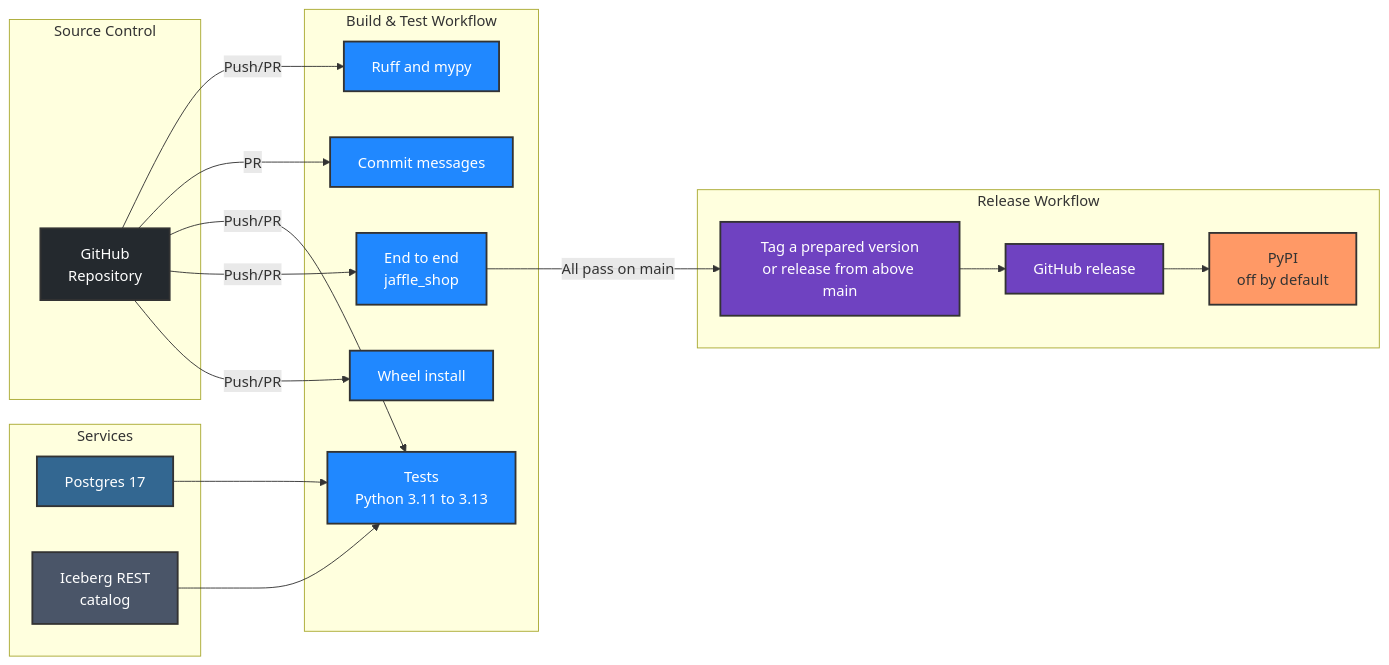
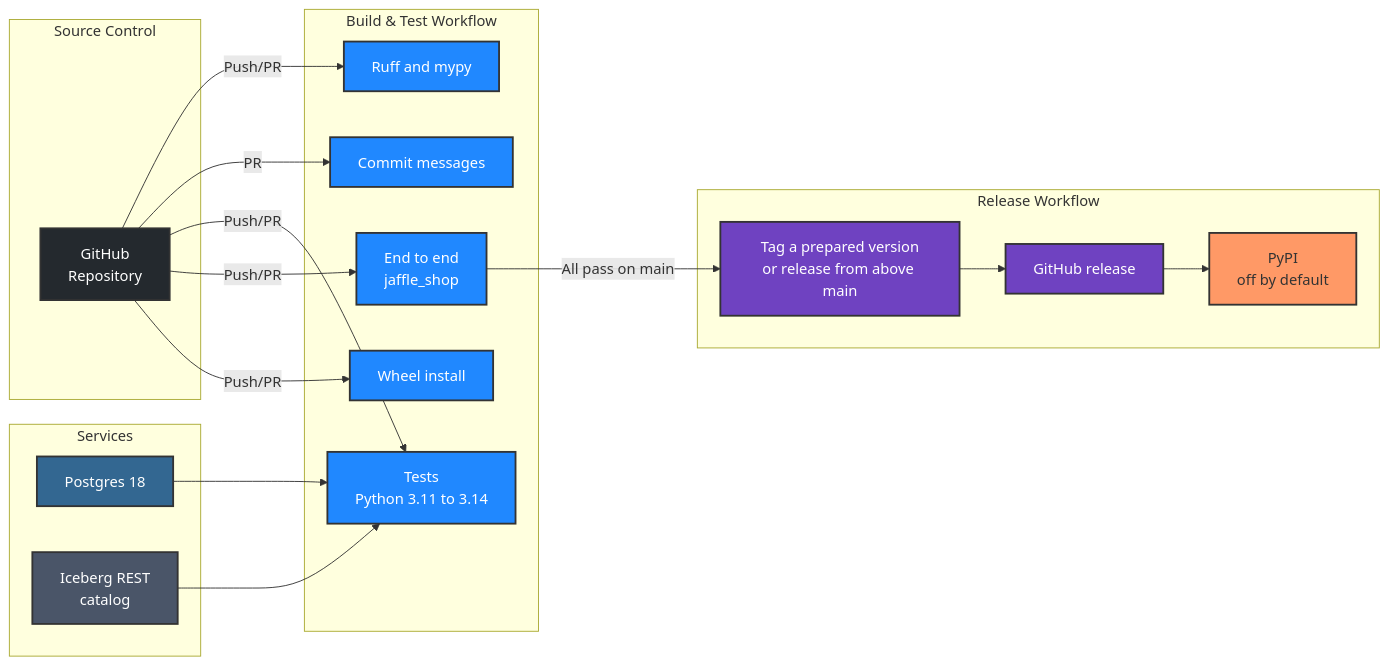
One commit to actions-marketplace-validations/kodexlabsio_konstruct changed the diagram in docs/development.md. Above: the diagram before and after it, drawn with Mermaid. The commit also changed other lines of this file and 13 other files, not shown here.

````diff
--- a/docs/development.md
+++ b/docs/development.md
@@ -108,48 +110,48 @@
 ```mermaid
 graph LR
     subgraph "Source Control"
         GitHub[GitHub<br/>Repository]
     end
 
     subgraph "Build & Test Workflow"
         Lint[Ruff and mypy]
         Commits[Commit messages]
-        Tests[Tests<br/>Python 3.11 to 3.13]
+        Tests[Tests<br/>Python 3.11 to 3.14]
         E2E[End to end<br/>jaffle_shop]
         Package[Wheel install]
     end
 
     subgraph "Services"
-        Postgres[Postgres 17]
+        Postgres[Postgres 18]
         Iceberg[Iceberg REST<br/>catalog]
     end
 
     subgraph "Release Workflow"
         Bump[Tag a prepared version<br/>or release from above main]
         Release[GitHub release]
         PyPI[PyPI<br/>off by default]
     end
 
     GitHub -->|Push/PR| Lint
     GitHub -->|PR| Commits
     GitHub -->|Push/PR| Tests
     GitHub -->|Push/PR| E2E
     GitHub -->|Push/PR| Package
     Postgres --> Tests
     Iceberg --> Tests
     E2E -->|All pass on main| Bump
     Bump --> Release
     Release --> PyPI
 
     style GitHub fill:#24292e,stroke:#333,stroke-width:2px,color:#fff
     style Lint fill:#2088ff,stroke:#333,stroke-width:2px,color:#fff
     style Commits fill:#2088ff,stroke:#333,stroke-width:2px,color:#fff
     style Tests fill:#2088ff,stroke:#333,stroke-width:2px,color:#fff
     style E2E fill:#2088ff,stroke:#333,stroke-width:2px,color:#fff
     style Package fill:#2088ff,stroke:#333,stroke-width:2px,color:#fff
     style Postgres fill:#336791,stroke:#333,stroke-width:2px,color:#fff
     style Iceberg fill:#4a5568,stroke:#333,stroke-width:2px,color:#fff
     style Bump fill:#6f42c1,stroke:#333,stroke-width:2px,color:#fff
     style Release fill:#6f42c1,stroke:#333,stroke-width:2px,color:#fff
     style PyPI fill:#f96,stroke:#333,stroke-width:2px
 ```
````
